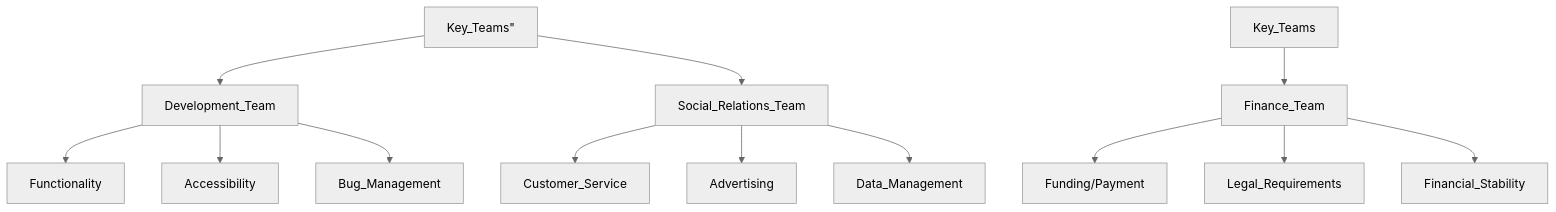
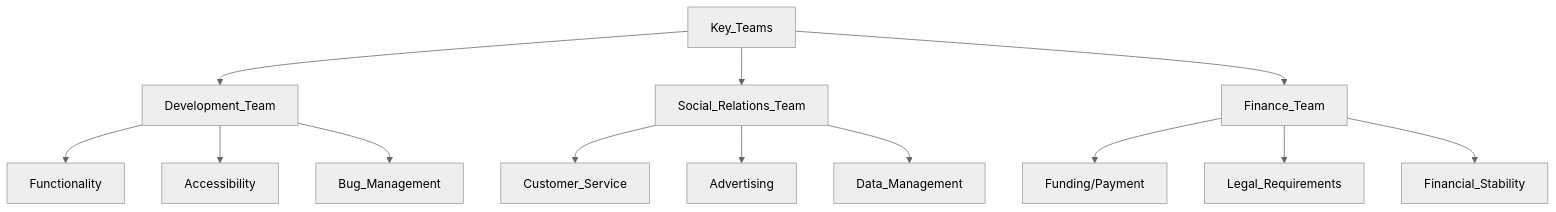
The diagram in README.md (conotoium/BusinessCharts), drawn with Mermaid (neutral theme) before and after one commit.

````diff
--- a/README.md
+++ b/README.md
@@ -1,15 +1,15 @@
 ```mermaid
 graph TD;
-    Key_Teams"-->Development_Team;
-    Key_Teams"-->Social_Relations_Team;
+    Key_Teams-->Development_Team;
+    Key_Teams-->Social_Relations_Team;
     Key_Teams-->Finance_Team;
     Development_Team-->Functionality;
     Development_Team-->Accessibility;
     Development_Team-->Bug_Management;
     Social_Relations_Team-->Customer_Service;
     Social_Relations_Team-->Advertising;
     Social_Relations_Team-->Data_Management;
     Finance_Team-->Funding/Payment;
     Finance_Team-->Legal_Requirements;
     Finance_Team-->Financial_Stability;
 ```
````
